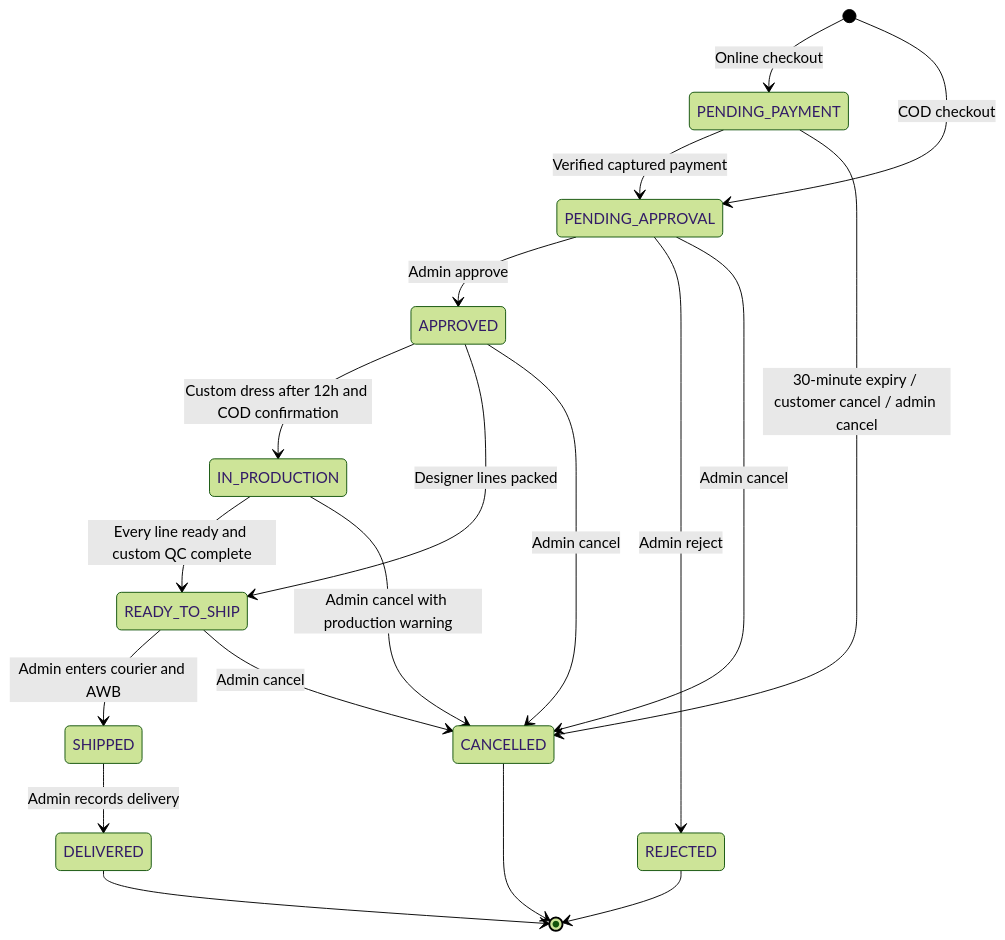
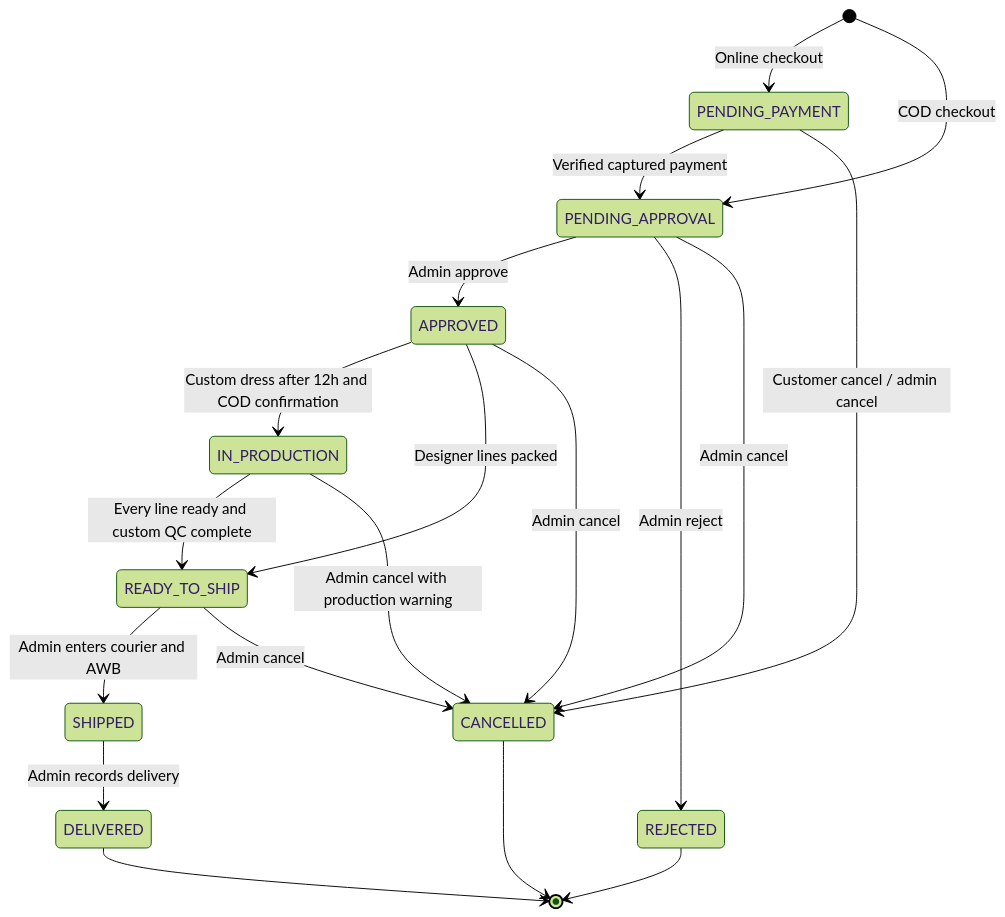
The diagram in docs/order-state.md (AshishDevashi/Florangi), drawn with Mermaid (forest theme) before and after one commit. The commit also changed 36 other files, not shown here.

````diff
--- a/docs/order-state.md
+++ b/docs/order-state.md
@@ -5,21 +5,21 @@
 ```mermaid
 stateDiagram-v2
   [*] --> PENDING_PAYMENT: Online checkout
   [*] --> PENDING_APPROVAL: COD checkout
   PENDING_PAYMENT --> PENDING_APPROVAL: Verified captured payment
-  PENDING_PAYMENT --> CANCELLED: 30-minute expiry / customer cancel / admin cancel
+  PENDING_PAYMENT --> CANCELLED: Customer cancel / admin cancel
   PENDING_APPROVAL --> APPROVED: Admin approve
   PENDING_APPROVAL --> REJECTED: Admin reject
   PENDING_APPROVAL --> CANCELLED: Admin cancel
   APPROVED --> IN_PRODUCTION: Custom dress after 12h and COD confirmation
   APPROVED --> READY_TO_SHIP: Designer lines packed
   APPROVED --> CANCELLED: Admin cancel
   IN_PRODUCTION --> READY_TO_SHIP: Every line ready and custom QC complete
   IN_PRODUCTION --> CANCELLED: Admin cancel with production warning
   READY_TO_SHIP --> SHIPPED: Admin enters courier and AWB
   READY_TO_SHIP --> CANCELLED: Admin cancel
   SHIPPED --> DELIVERED: Admin records delivery
   DELIVERED --> [*]
   REJECTED --> [*]
   CANCELLED --> [*]
 ```
````
